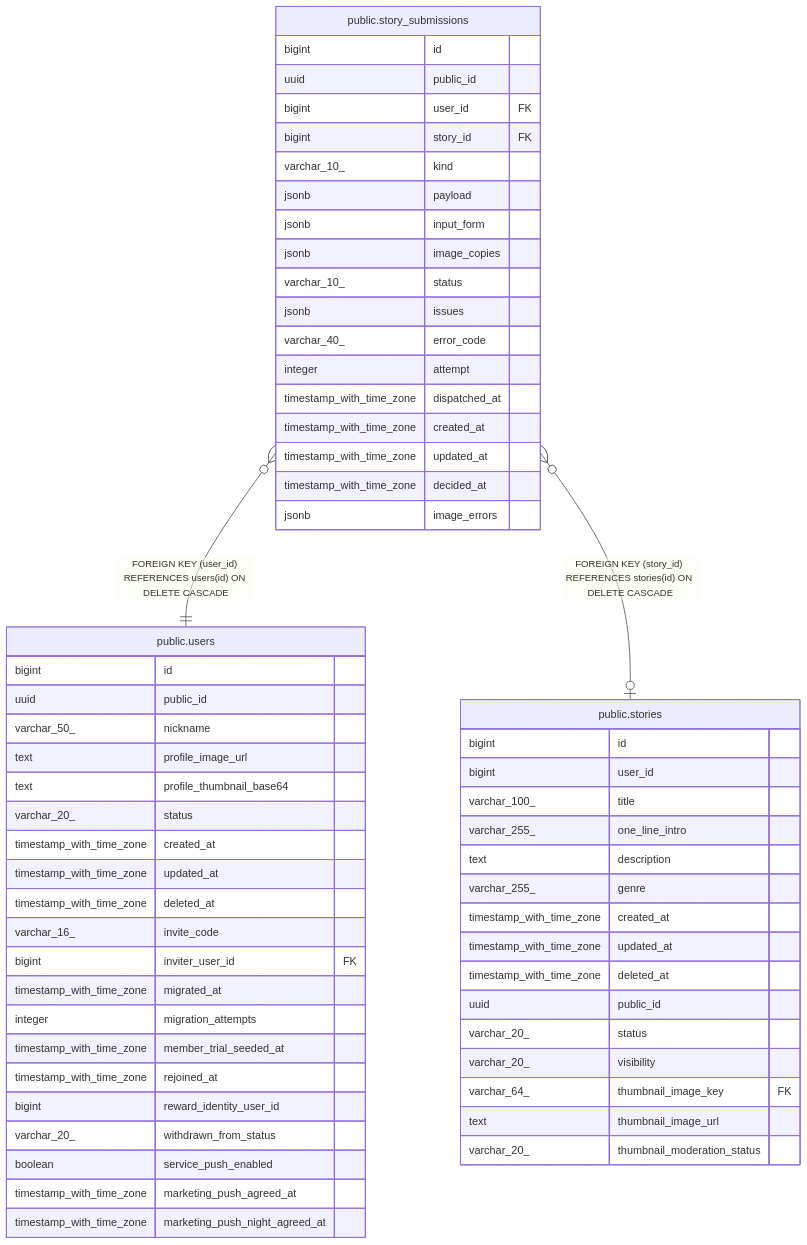
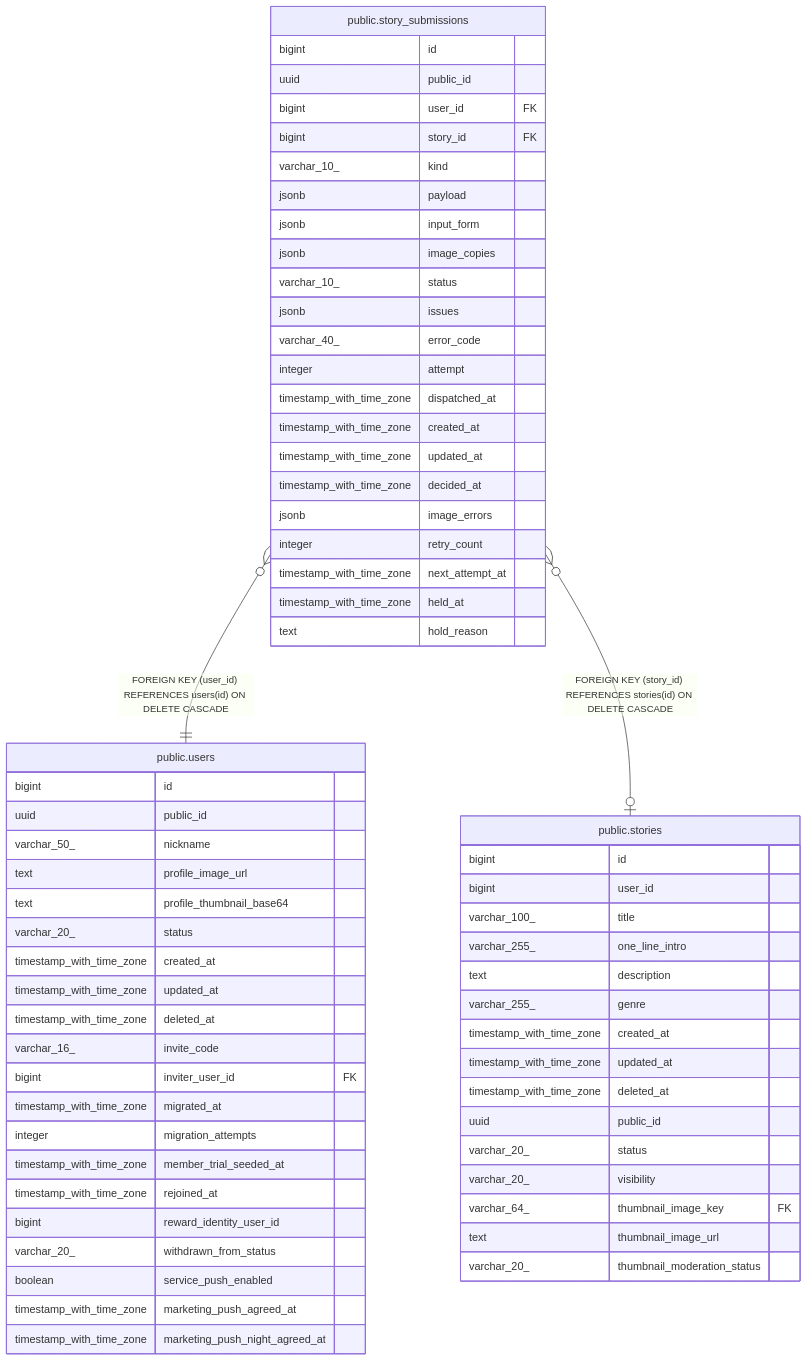
The diagram in dbdoc/public.story_submissions.md (KIM-N-KANG/manyak-server), drawn with Mermaid before and after one commit. The commit also changed other lines of this file and 28 other files, not shown here.

````diff
--- a/dbdoc/public.story_submissions.md
+++ b/dbdoc/public.story_submissions.md
@@ -61,65 +67,69 @@
 ```mermaid
 erDiagram
 
 "public.story_submissions" }o--|| "public.users" : "FOREIGN KEY (user_id) REFERENCES users(id) ON DELETE CASCADE"
 "public.story_submissions" }o--o| "public.stories" : "FOREIGN KEY (story_id) REFERENCES stories(id) ON DELETE CASCADE"
 
 "public.story_submissions" {
   bigint id
   uuid public_id
   bigint user_id FK
   bigint story_id FK
   varchar_10_ kind
   jsonb payload
   jsonb input_form
   jsonb image_copies
   varchar_10_ status
   jsonb issues
   varchar_40_ error_code
   integer attempt
   timestamp_with_time_zone dispatched_at
   timestamp_with_time_zone created_at
   timestamp_with_time_zone updated_at
   timestamp_with_time_zone decided_at
   jsonb image_errors
+  integer retry_count
+  timestamp_with_time_zone next_attempt_at
+  timestamp_with_time_zone held_at
+  text hold_reason
 }
 "public.users" {
   bigint id
   uuid public_id
   varchar_50_ nickname
   text profile_image_url
   text profile_thumbnail_base64
   varchar_20_ status
   timestamp_with_time_zone created_at
   timestamp_with_time_zone updated_at
   timestamp_with_time_zone deleted_at
   varchar_16_ invite_code
   bigint inviter_user_id FK
   timestamp_with_time_zone migrated_at
   integer migration_attempts
   timestamp_with_time_zone member_trial_seeded_at
   timestamp_with_time_zone rejoined_at
   bigint reward_identity_user_id
   varchar_20_ withdrawn_from_status
   boolean service_push_enabled
   timestamp_with_time_zone marketing_push_agreed_at
   timestamp_with_time_zone marketing_push_night_agreed_at
 }
 "public.stories" {
   bigint id
   bigint user_id
   varchar_100_ title
   varchar_255_ one_line_intro
   text description
   varchar_255_ genre
   timestamp_with_time_zone created_at
   timestamp_with_time_zone updated_at
   timestamp_with_time_zone deleted_at
   uuid public_id
   varchar_20_ status
   varchar_20_ visibility
   varchar_64_ thumbnail_image_key FK
   text thumbnail_image_url
   varchar_20_ thumbnail_moderation_status
 }
 ```
````
